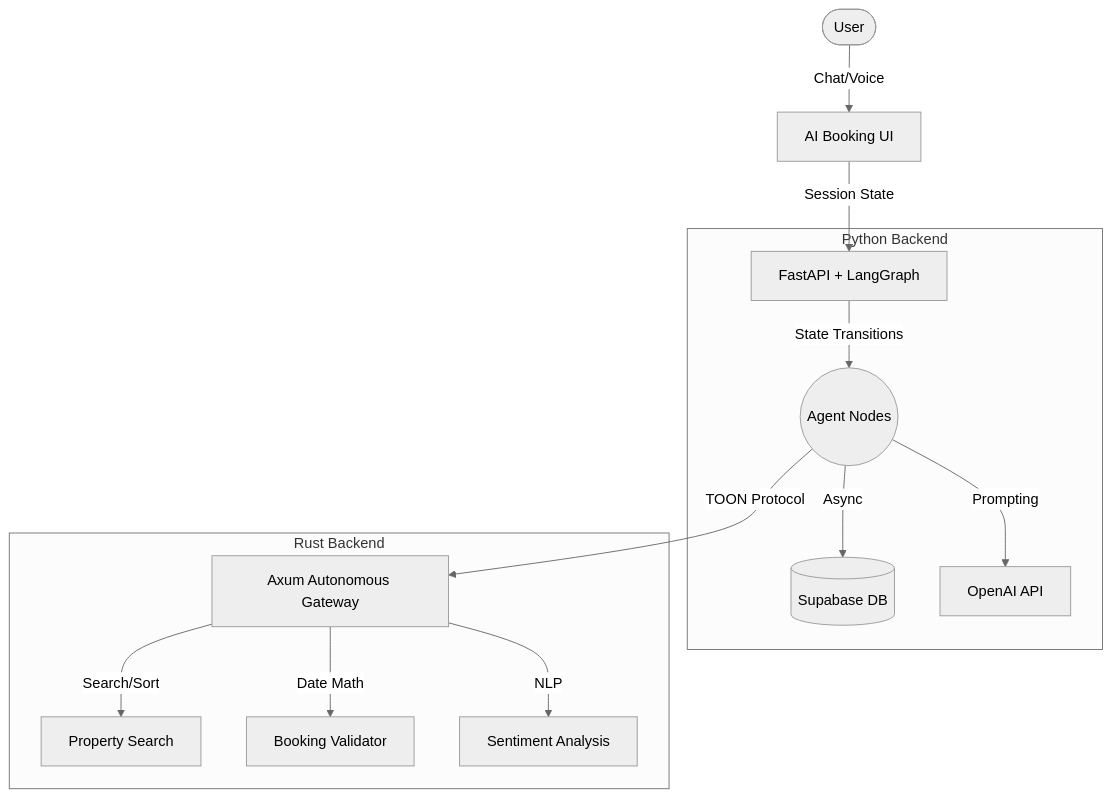
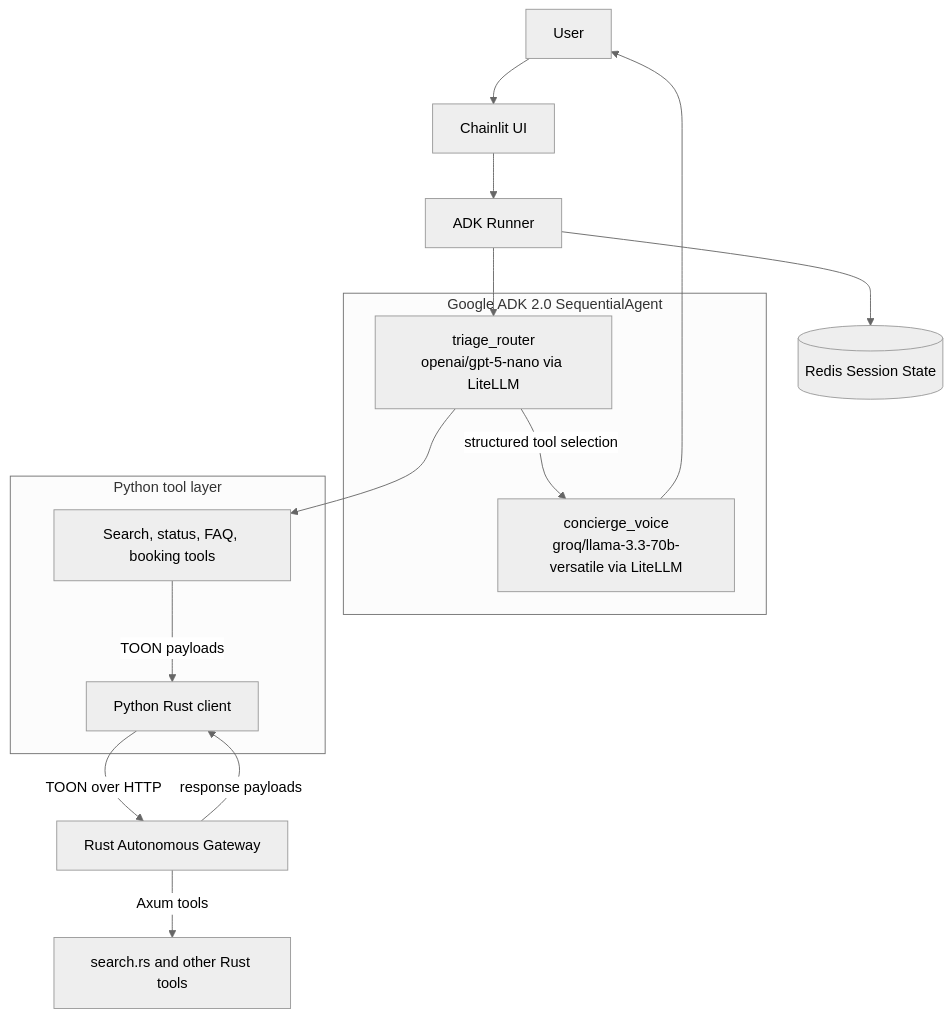
The first of 2 diagrams in README.md (muhammadhasaan82/AI_Property_Booking_concierge), drawn with Mermaid (neutral theme) before and after one commit. The commit also changed other lines of this file, not shown here.

Commit message:
chore: update README to reflect V2 architecture and remove LangGraph references

````diff
--- a/README.md
+++ b/README.md
@@ -25,18 +15,27 @@
 ```mermaid
 graph TD
-    User([User]) -->|Chat/Voice| UI[AI Booking UI]
-    UI -->|Session State| Python_Gateway[FastAPI + LangGraph]
-    
-    subgraph Python Backend
-        Python_Gateway -->|State Transitions| Agents((Agent Nodes))
-        Agents -->|Async| Supabase[(Supabase DB)]
-        Agents -->|Prompting| OpenAI[OpenAI API]
-    end
-    
-    subgraph Rust Backend
-        Agents -->|TOON Protocol| Rust_Gateway[Axum Autonomous Gateway]
-        Rust_Gateway -->|Search/Sort| Tools_Search[Property Search]
-        Rust_Gateway -->|Date Math| Tools_Valid[Booking Validator]
-        Rust_Gateway -->|NLP| Tools_Sentiment[Sentiment Analysis]
-    end
+        U[User] --> CL[Chainlit UI]
+        CL --> AR[ADK Runner]
+
+        AR --> SS[(Redis Session State)]
+
+        subgraph ADK["Google ADK 2.0 SequentialAgent"]
+                TR[triage_router\nopenai/gpt-5-nano via LiteLLM]
+                CV[concierge_voice\ngroq/llama-3.3-70b-versatile via LiteLLM]
+                TR -->|structured tool selection| CV
+        end
+
+        AR --> TR
+        CV --> U
+
+        subgraph PY["Python tool layer"]
+                TL[Search, status, FAQ, booking tools]
+                RC[Python Rust client]
+        end
+
+        TR --> TL
+        TL -->|TOON payloads| RC
+        RC -->|TOON over HTTP| RG[Rust Autonomous Gateway]
+        RG -->|Axum tools| RT[search.rs and other Rust tools]
+        RG -->|response payloads| RC
 ```
````
